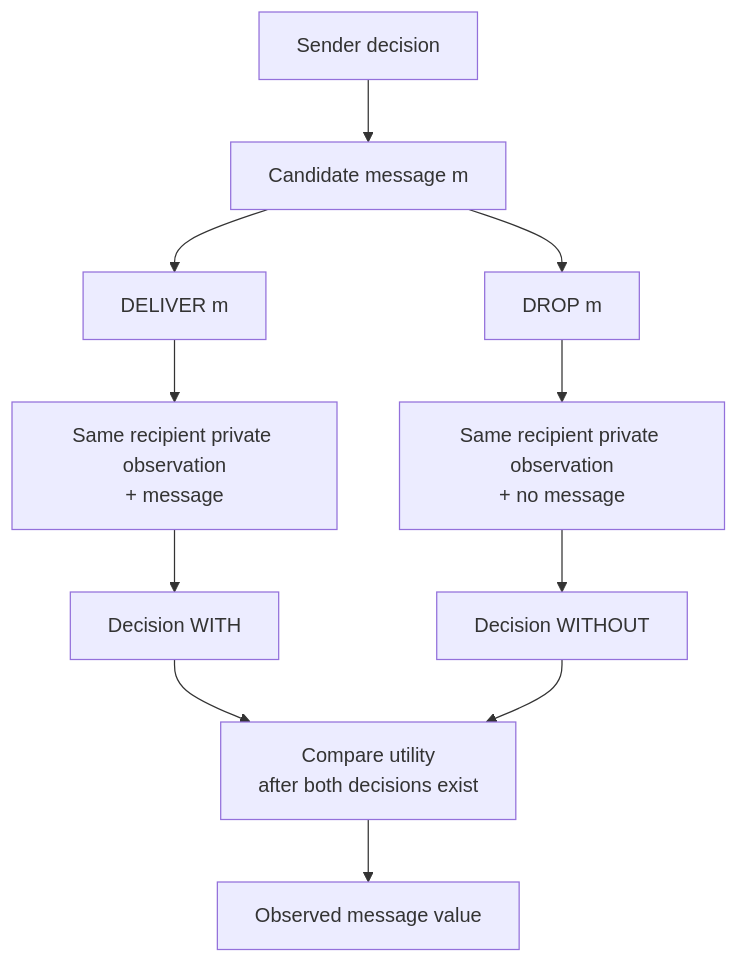
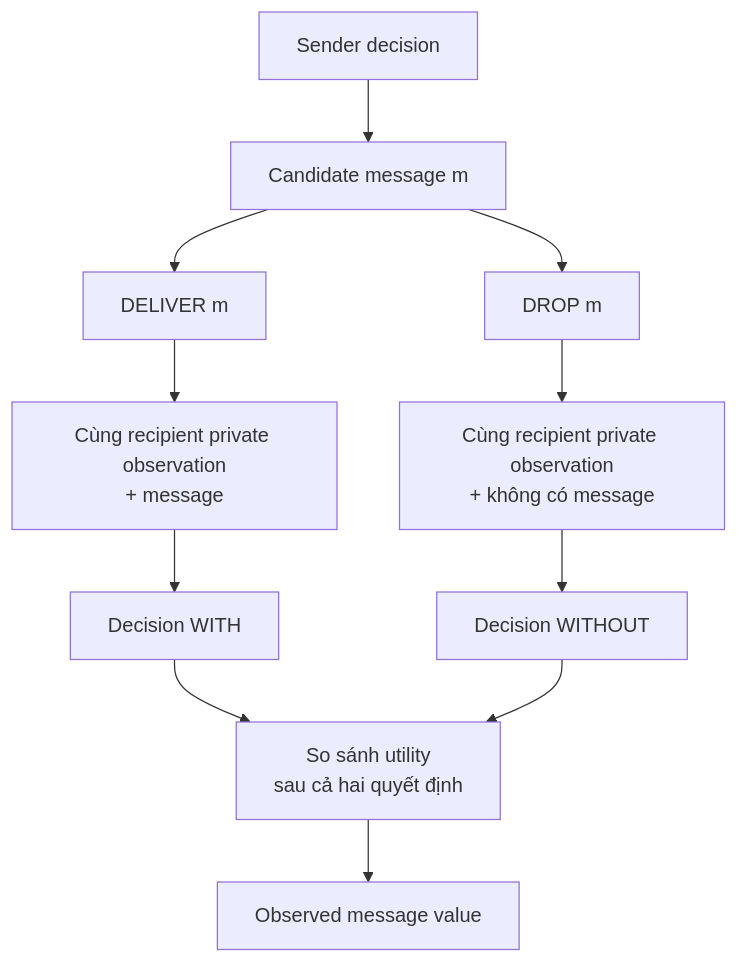
The first of 2 diagrams in README.md (Dung092005/multiAgent_research), drawn with Mermaid before and after one commit. The commit also changed other lines of this file, not shown here.

```diff
--- a/README.md
+++ b/README.md
@@ -147,13 +147,13 @@
 ~~~mermaid
 flowchart TD
     S[Sender decision] --> M[Candidate message m]
     M --> W[DELIVER m]
     M --> X[DROP m]
-    W --> SW[Same recipient private observation<br/>+ message]
-    X --> SX[Same recipient private observation<br/>+ no message]
+    W --> SW[Cùng recipient private observation<br/>+ message]
+    X --> SX[Cùng recipient private observation<br/>+ không có message]
     SW --> DW[Decision WITH]
     SX --> DX[Decision WITHOUT]
-    DW --> C[Compare utility<br/>after both decisions exist]
+    DW --> C[So sánh utility<br/>sau cả hai quyết định]
     DX --> C
     C --> V[Observed message value]
 ~~~
```
